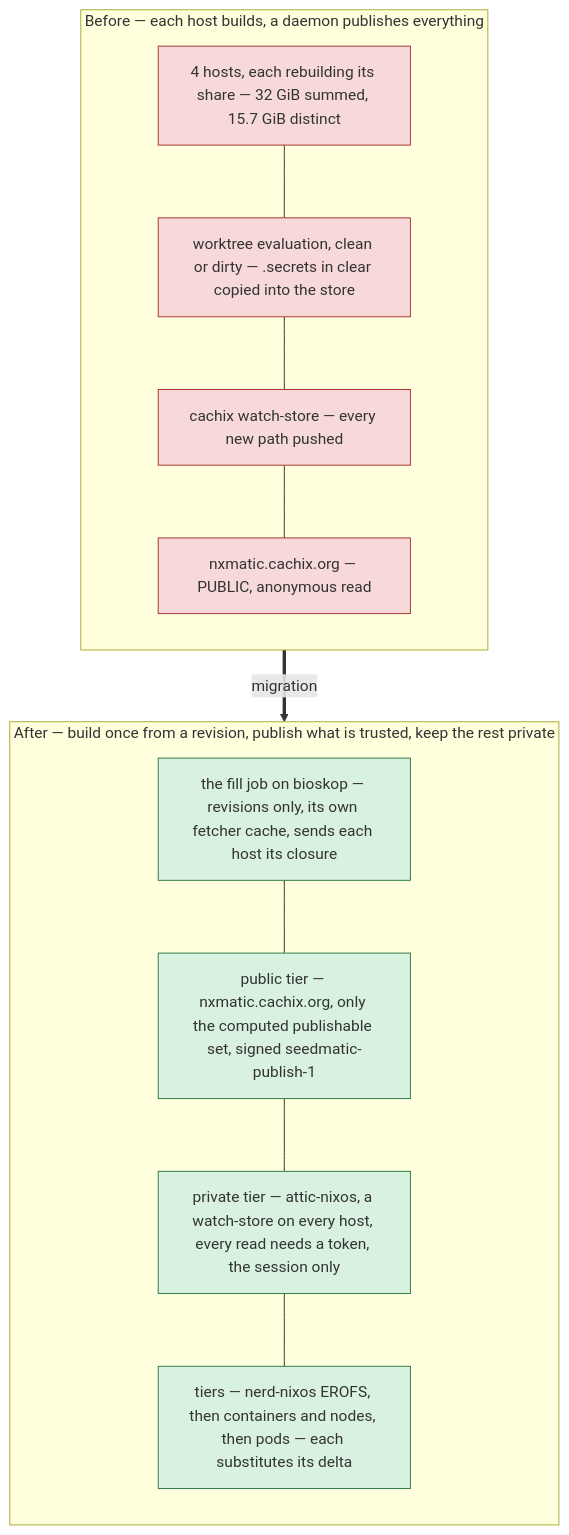
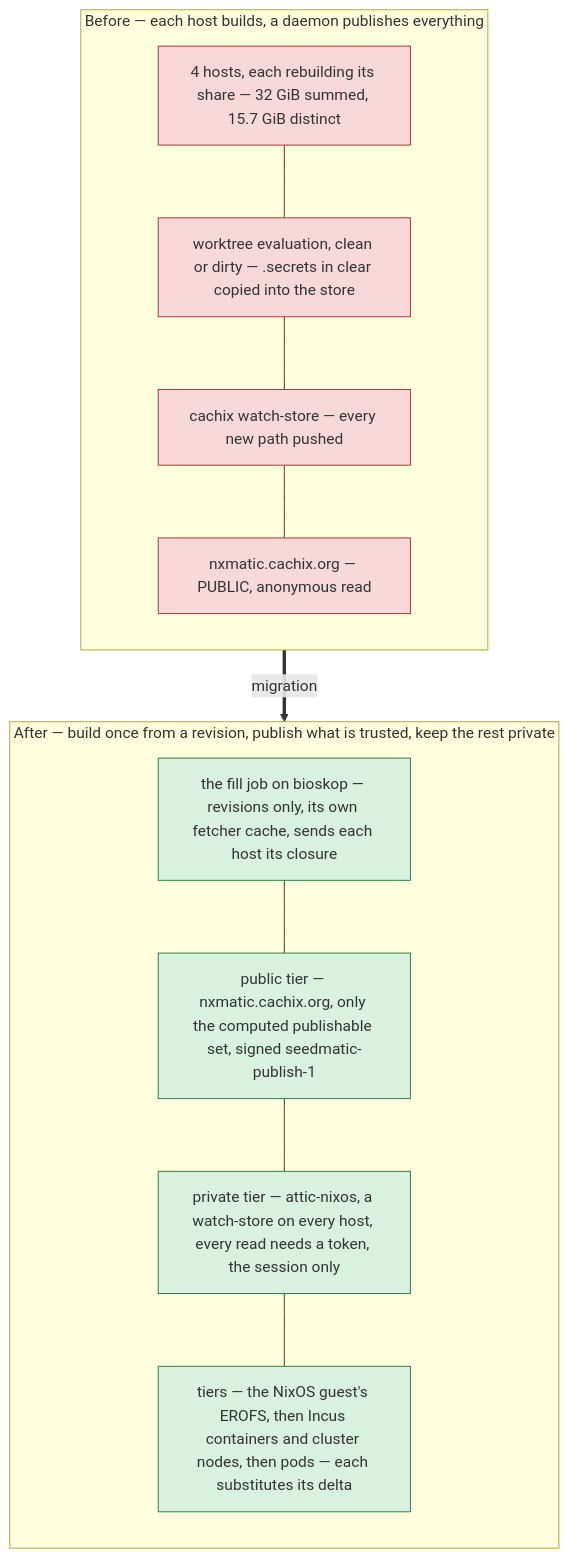
One commit to seedmatic/rke2lab changed the seventh of 8 diagrams in docs/architecture/atlas/fabric-control-plane.adoc. Above: the diagram before and after it, drawn with Mermaid. The commit also changed other lines of this file and 32 other files, not shown here.

```diff
--- a/docs/architecture/atlas/fabric-control-plane.adoc
+++ b/docs/architecture/atlas/fabric-control-plane.adoc
@@ -462,24 +463,24 @@
 [mermaid]
 ....
 flowchart TB
   subgraph BEFORE["Before — each host builds, a daemon publishes everything"]
     direction TB
     b1["4 hosts, each rebuilding its share — 32 GiB summed, 15.7 GiB distinct"]:::ko
     b2["worktree evaluation, clean or dirty — .secrets in clear copied into the store"]:::ko
     b3["cachix watch-store — every new path pushed"]:::ko
     b4["nxmatic.cachix.org — PUBLIC, anonymous read"]:::ko
     b1 --- b2 --- b3 --- b4
   end
   subgraph AFTER["After — build once from a revision, publish what is trusted, keep the rest private"]
     direction TB
     a1["the fill job on bioskop — revisions only, its own fetcher cache, sends each host its closure"]:::ok
     a2["public tier — nxmatic.cachix.org, only the computed publishable set, signed seedmatic-publish-1"]:::ok
     a3["private tier — attic-nixos, a watch-store on every host, every read needs a token, the session only"]:::ok
-    a4["tiers — nerd-nixos EROFS, then containers and nodes, then pods — each substitutes its delta"]:::ok
+    a4["tiers — the NixOS guest's EROFS, then Incus containers and cluster nodes, then pods — each substitutes its delta"]:::ok
     a1 --- a2 --- a3 --- a4
   end
   BEFORE ==>|"migration"| AFTER
 
   classDef ko fill:#f7d9d9,stroke:#a33;
   classDef ok fill:#d9f2e0,stroke:#2d7a4b;
 ....
```
